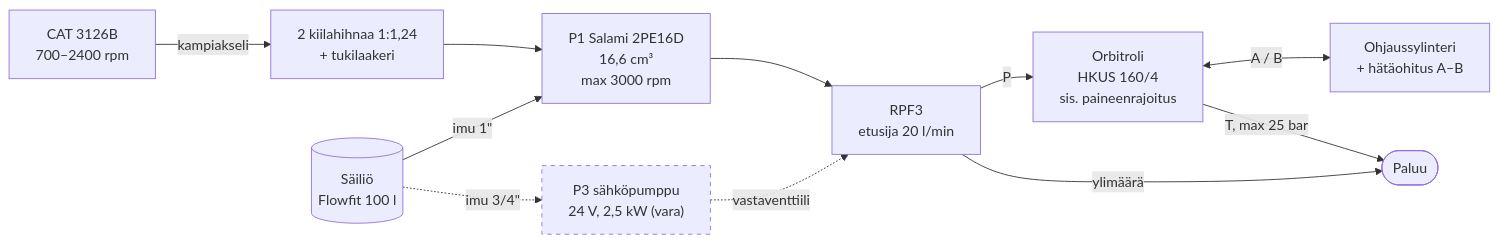
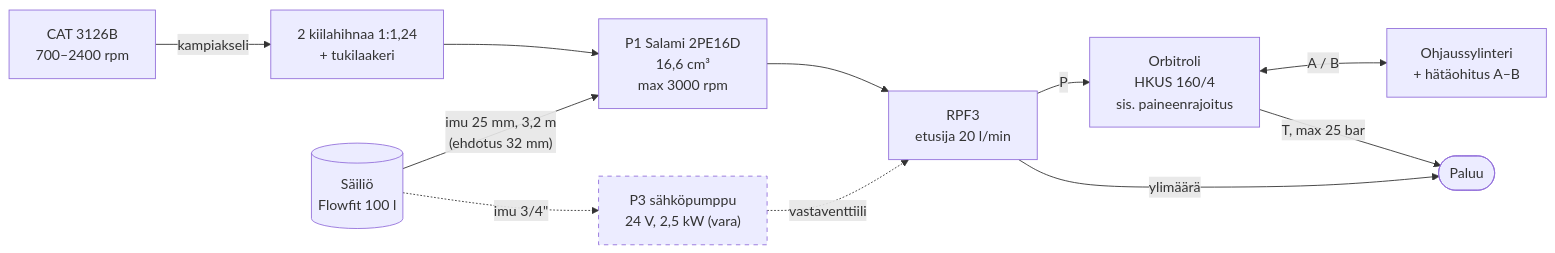
One commit to plektra/vega-systems changed the first of 3 diagrams in hydraulics/schematic.md. Above: the diagram before and after it, drawn with Mermaid. The commit also changed 3 other files, not shown here.

````diff
--- a/hydraulics/schematic.md
+++ b/hydraulics/schematic.md
@@ -11,24 +11,24 @@
 ```mermaid
 flowchart LR
   ENG["CAT 3126B<br/>700–2400 rpm"]
   BELT["2 kiilahihnaa 1:1,24<br/>+ tukilaakeri"]
   TANK[("Säiliö<br/>Flowfit 100 l")]
   P1["P1 Salami 2PE16D<br/>16,6 cm³<br/>max 3000 rpm"]
   RPF3["RPF3<br/>etusija 20 l/min"]
   ORB["Orbitroli<br/>HKUS 160/4<br/>sis. paineenrajoitus"]
   CYL["Ohjaussylinteri<br/>+ hätäohitus A–B"]
   P3["P3 sähköpumppu<br/>24 V, 2,5 kW (vara)"]
   RET(["Paluu"])
 
   ENG -->|kampiakseli| BELT --> P1
-  TANK -->|"imu 1#quot;"| P1
+  TANK -->|"imu 25 mm, 3,2 m<br/>(ehdotus 32 mm)"| P1
   P1 --> RPF3 -->|P| ORB
   ORB <-->|A / B| CYL
   TANK -.->|"imu 3/4#quot;"| P3
   P3 -.->|vastaventtiili| RPF3
   RPF3 -->|ylimäärä| RET
   ORB -->|"T, max 25 bar"| RET
 
   classDef planned stroke-dasharray: 5 5
   class P3 planned
 ```
````
